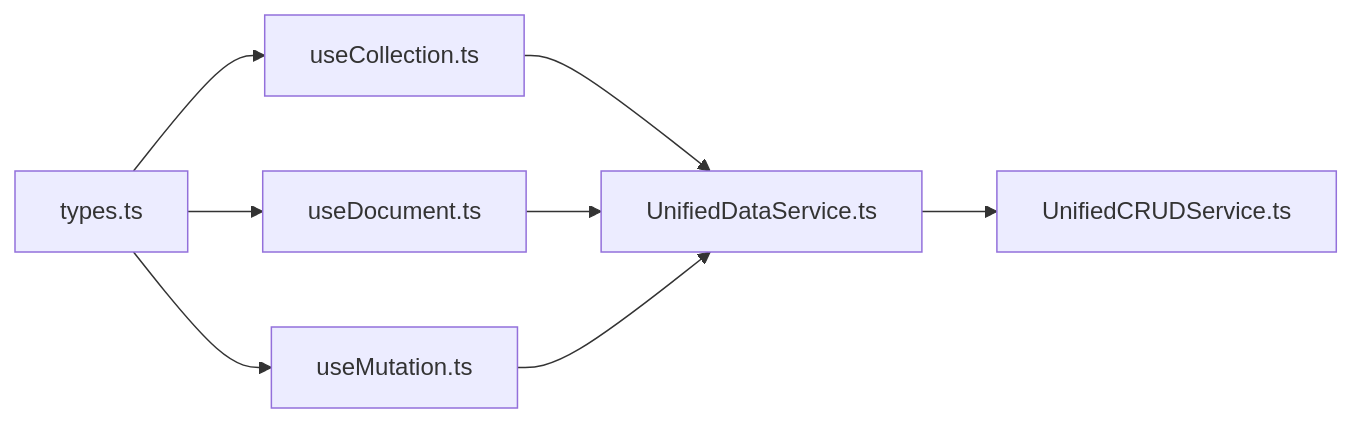
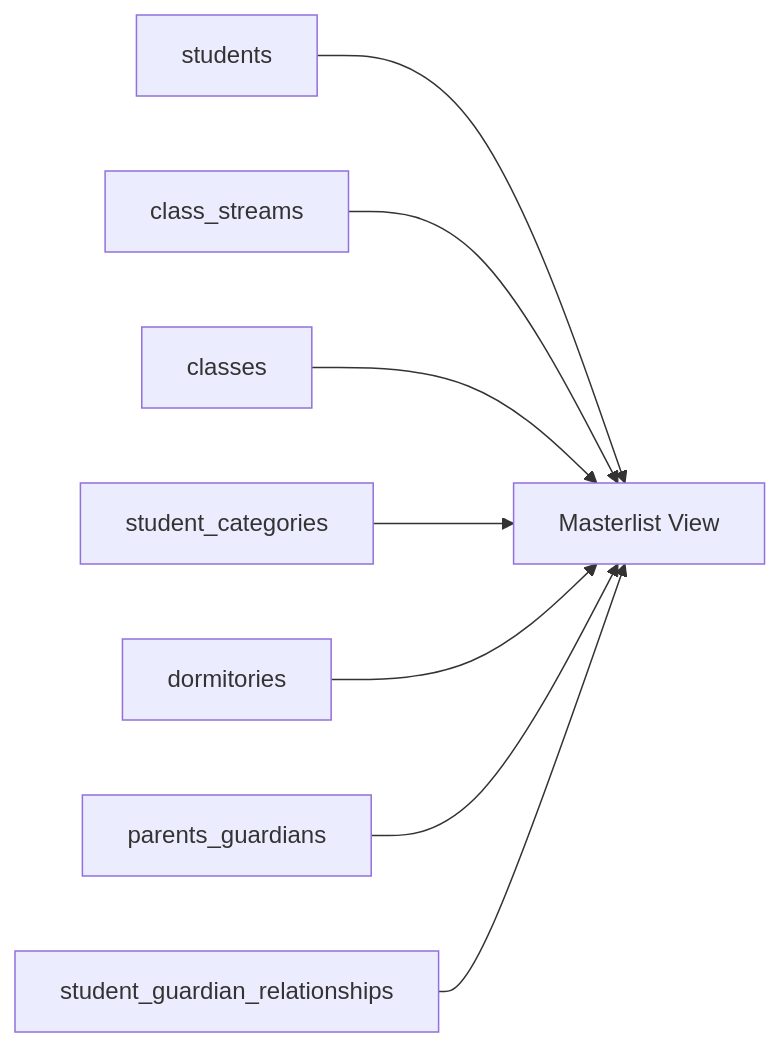
The fourth of 5 diagrams in .qoder/repowiki/en/content/Data Layer/Data Access APIs/Unified CRUD Service/React Hooks Ecosystem.md (geniusdynamics/schoolpilot), drawn with Mermaid before and after one commit. The commit also changed other lines of this file and 21 other files, not shown here.

````diff
--- a/.qoder/repowiki/en/content/Data Layer/Data Access APIs/Unified CRUD Service/React Hooks Ecosystem.md
+++ b/.qoder/repowiki/en/content/Data Layer/Data Access APIs/Unified CRUD Service/React Hooks Ecosystem.md
@@ -304,10 +274,10 @@
 ```mermaid
 graph LR
-T["types.ts"] --> UC["useCollection.ts"]
-T --> UD["useDocument.ts"]
-T --> UM["useMutation.ts"]
-UC --> UDS["UnifiedDataService.ts"]
-UD --> UDS
-UM --> UDS
-UDS --> UCS["UnifiedCRUDService.ts"]
+Students["students"] --> Masterlist["Masterlist View"]
+ClassStreams["class_streams"] --> Masterlist
+Classes["classes"] --> Masterlist
+Categories["student_categories"] --> Masterlist
+Dormitories["dormitories"] --> Masterlist
+Guardians["parents_guardians"] --> Masterlist
+Relationships["student_guardian_relationships"] --> Masterlist
 ```
````
